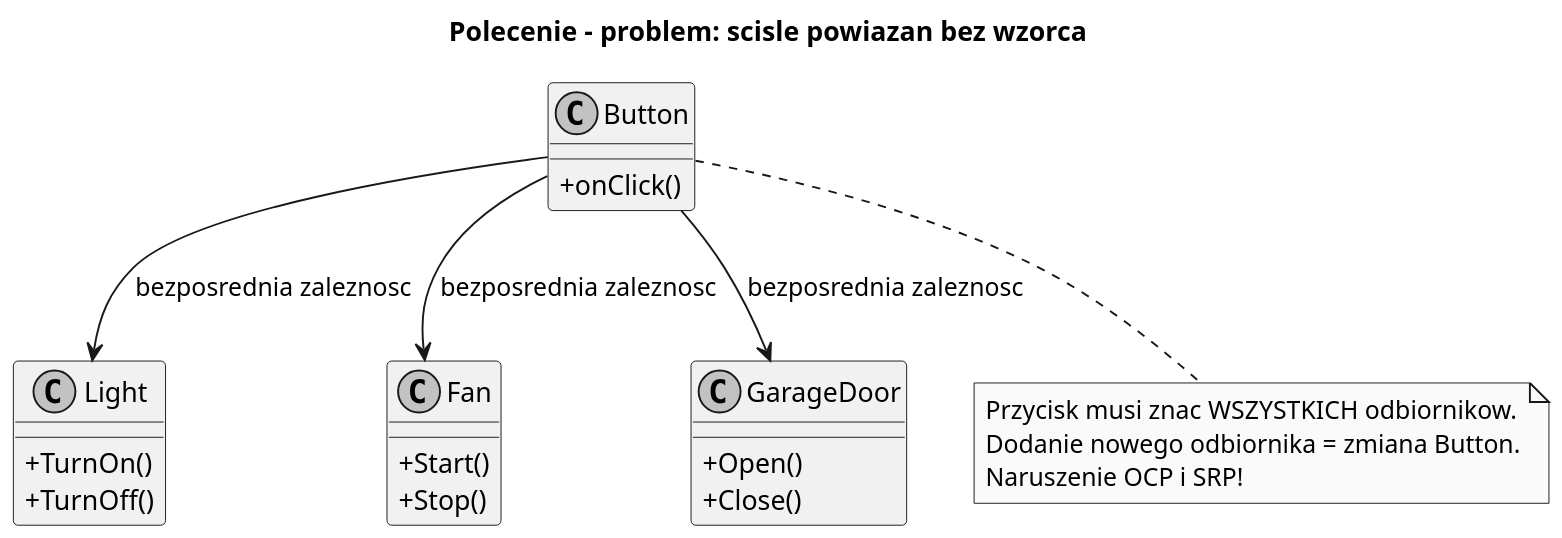
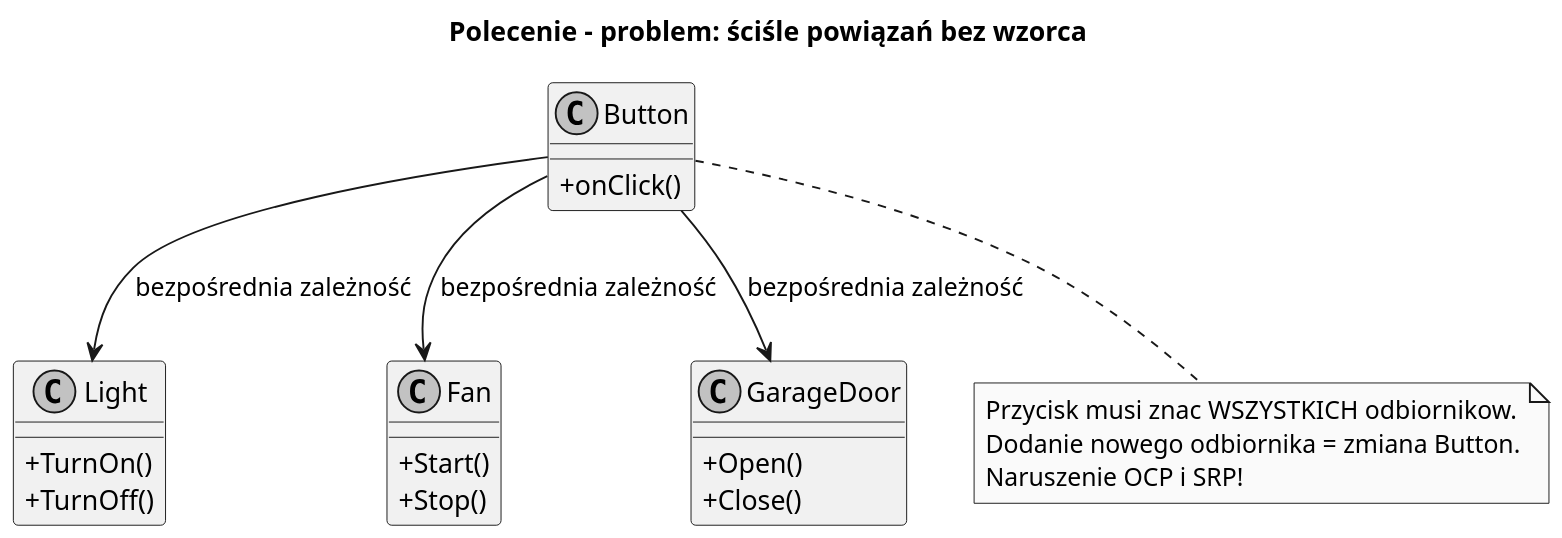
The diagram in src/14-polecenie/01-idea-i-kontekst/diagrams/01-problem.puml (tborzyszkowski/DesignPatterns), drawn with PlantUML before and after one commit. The commit also changed 87 other files, not shown here.

```diff
--- a/src/14-polecenie/01-idea-i-kontekst/diagrams/01-problem.puml
+++ b/src/14-polecenie/01-idea-i-kontekst/diagrams/01-problem.puml
@@ -1,37 +1,37 @@
 @startuml command_problem
-title Polecenie - problem: scisle powiazan bez wzorca
+title Polecenie - problem: ściśle powiązań bez wzorca
 
 skinparam monochrome true
 skinparam dpi 150
 skinparam classAttributeIconSize 0
 
 class Button {
     + onClick()
 }
 
 class Light {
     + TurnOn()
     + TurnOff()
 }
 
 class Fan {
     + Start()
     + Stop()
 }
 
 class GarageDoor {
     + Open()
     + Close()
 }
 
-Button --> Light : bezposrednia zaleznosc
-Button --> Fan : bezposrednia zaleznosc
-Button --> GarageDoor : bezposrednia zaleznosc
+Button --> Light : bezpośrednia zależność
+Button --> Fan : bezpośrednia zależność
+Button --> GarageDoor : bezpośrednia zależność
 
 note bottom of Button
   Przycisk musi znac WSZYSTKICH odbiornikow.
   Dodanie nowego odbiornika = zmiana Button.
   Naruszenie OCP i SRP!
 end note
 
 @enduml
```
